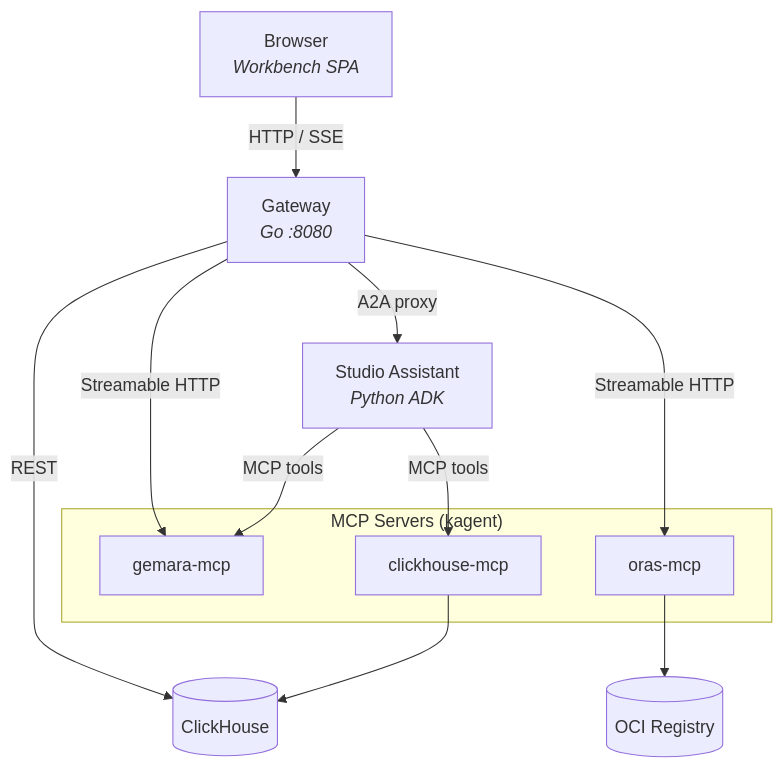
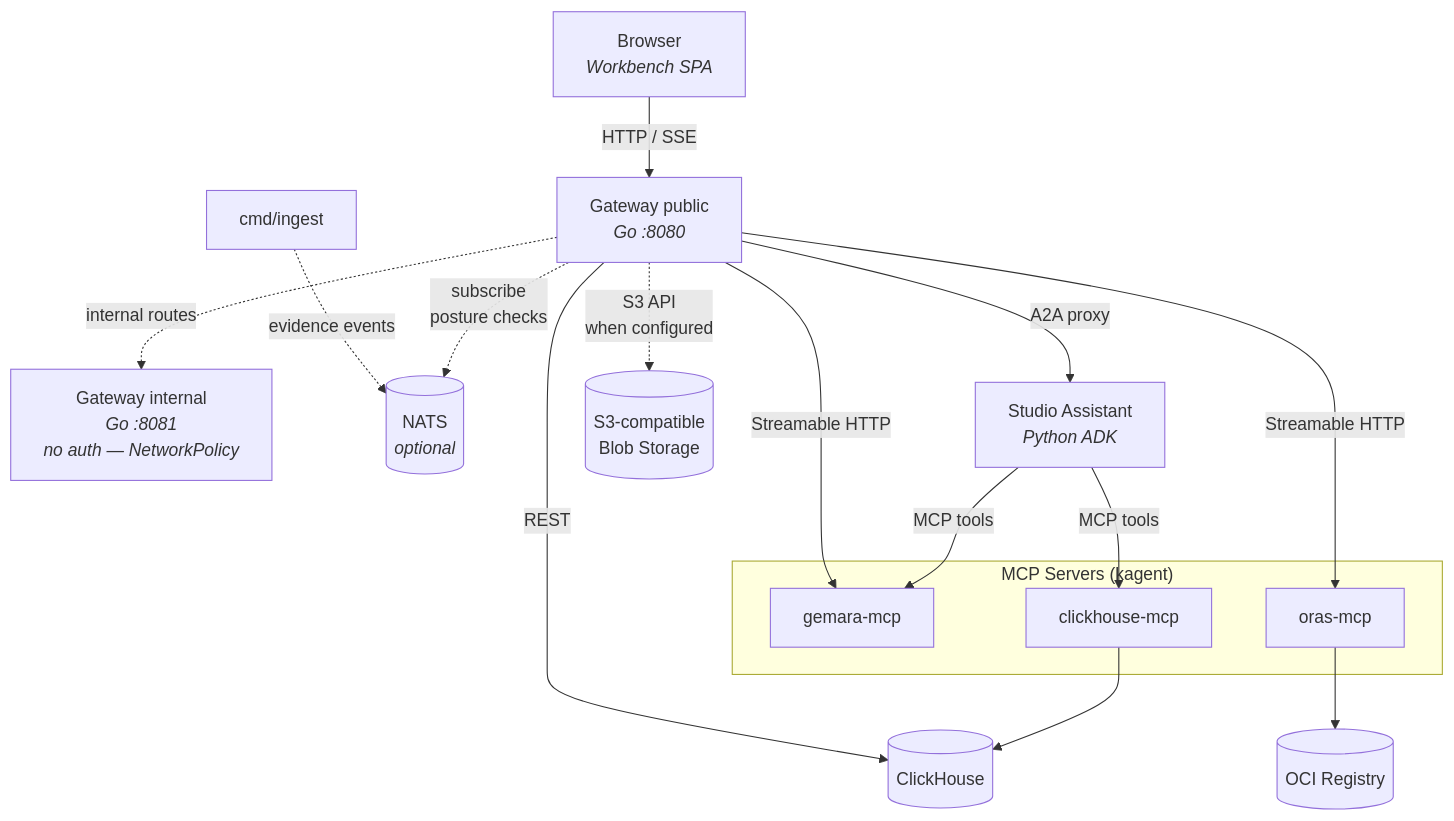
One commit to jpower432/complytime-studio changed the first of 2 diagrams in docs/design/architecture.md. Above: the diagram before and after it, drawn with Mermaid. The commit also changed other lines of this file and 14 other files, not shown here.

First line of the commit message:
docs: update architecture, README, ADR index, and AGENTS after redesign

````diff
--- a/docs/design/architecture.md
+++ b/docs/design/architecture.md
@@ -11,28 +11,35 @@
 ```mermaid
 graph TD
     Browser["Browser<br/><i>Workbench SPA</i>"]
-    Gateway["Gateway<br/><i>Go :8080</i>"]
+    Gateway["Gateway public<br/><i>Go :8080</i>"]
+    GWInt["Gateway internal<br/><i>Go :8081</i><br/><i>no auth — NetworkPolicy</i>"]
+    NATS[("NATS<br/><i>optional</i>")]
     Assistant["Studio Assistant<br/><i>Python ADK</i>"]
     CH[("ClickHouse")]
     OCI[("OCI Registry")]
+    Blob[("S3-compatible<br/>Blob Storage")]
 
     GemaraMCP["gemara-mcp"]
     ClickHouseMCP["clickhouse-mcp"]
     OrasMCP["oras-mcp"]
 
     Browser -- "HTTP / SSE" --> Gateway
+    Gateway -. "internal routes" .-> GWInt
+    Ingest["cmd/ingest"] -. "evidence events" .-> NATS
+    Gateway -. "subscribe<br/>posture checks" .-> NATS
     Gateway -- "A2A proxy" --> Assistant
     Gateway -- "REST" --> CH
     Gateway -- "Streamable HTTP" --> GemaraMCP
     Gateway -- "Streamable HTTP" --> OrasMCP
+    Gateway -. "S3 API<br/>when configured" .-> Blob
     Assistant -- "MCP tools" --> ClickHouseMCP
     Assistant -- "MCP tools" --> GemaraMCP
     ClickHouseMCP --> CH
     OrasMCP --> OCI
 
     subgraph "MCP Servers (kagent)"
         GemaraMCP
         ClickHouseMCP
         OrasMCP
     end
 ```
````
